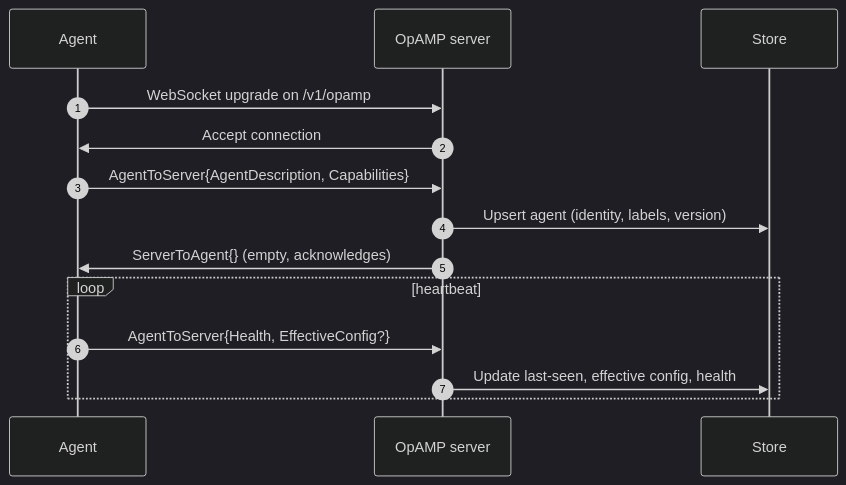
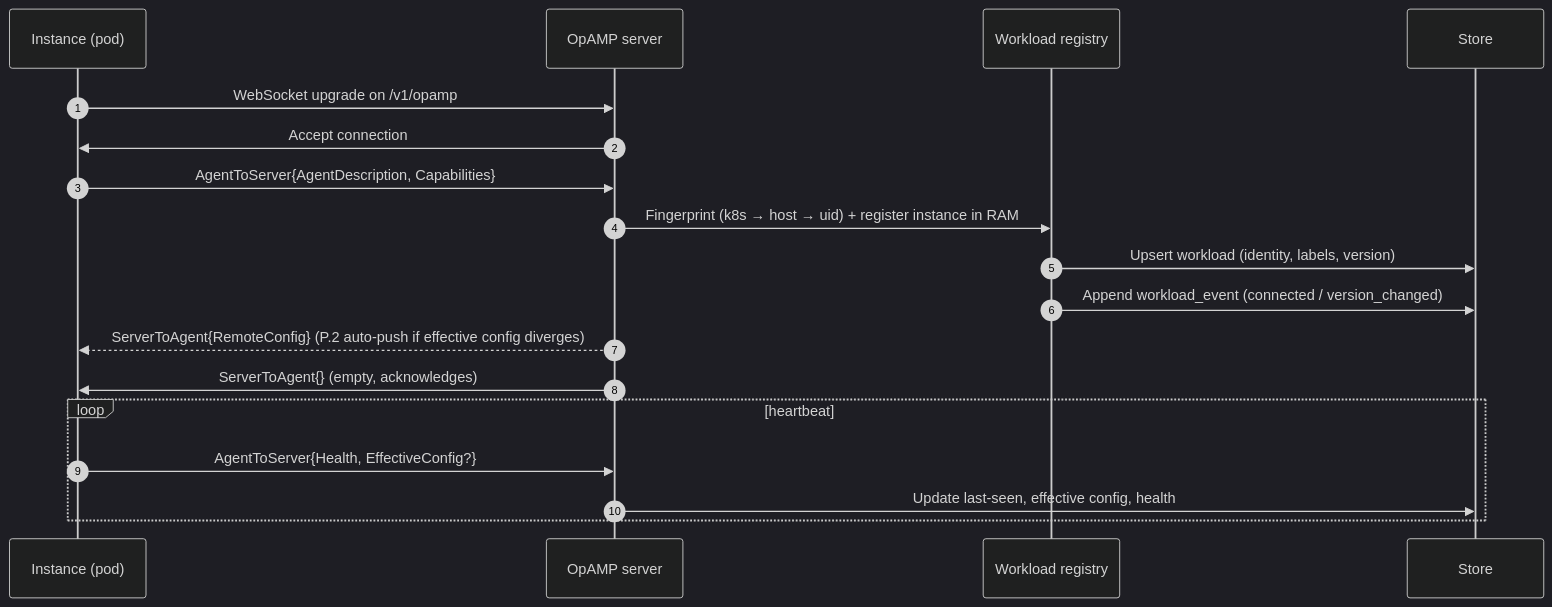
The first of 3 diagrams in docs/developers/opamp-flow.md (valentin-momboeuf/otel-magnify), drawn with Mermaid (dark theme) before and after one commit. The commit also changed other lines of this file and 19 other files, not shown here.

Commit message:
docs: document workload identity model and K8s resource attributes

````diff
--- a/docs/developers/opamp-flow.md
+++ b/docs/developers/opamp-flow.md
@@ -7,17 +9,21 @@
 ```mermaid
 sequenceDiagram
     autonumber
-    participant A as Agent
+    participant A as Instance (pod)
     participant O as OpAMP server
+    participant R as Workload registry
     participant S as Store
 
     A->>O: WebSocket upgrade on /v1/opamp
     O->>A: Accept connection
     A->>O: AgentToServer{AgentDescription, Capabilities}
-    O->>S: Upsert agent (identity, labels, version)
+    O->>R: Fingerprint (k8s → host → uid) + register instance in RAM
+    R->>S: Upsert workload (identity, labels, version)
+    R->>S: Append workload_event (connected / version_changed)
+    O-->>A: ServerToAgent{RemoteConfig} (P.2 auto-push if effective config diverges)
     O->>A: ServerToAgent{} (empty, acknowledges)
     loop heartbeat
         A->>O: AgentToServer{Health, EffectiveConfig?}
         O->>S: Update last-seen, effective config, health
     end
 ```
````
